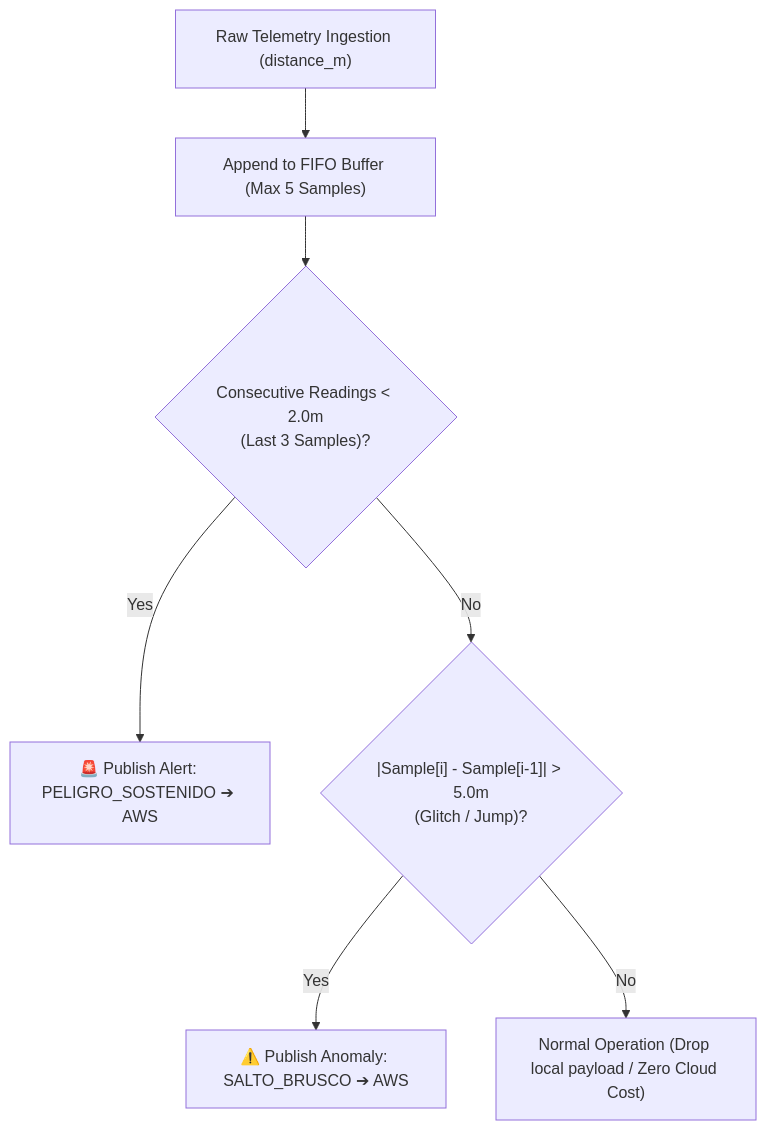
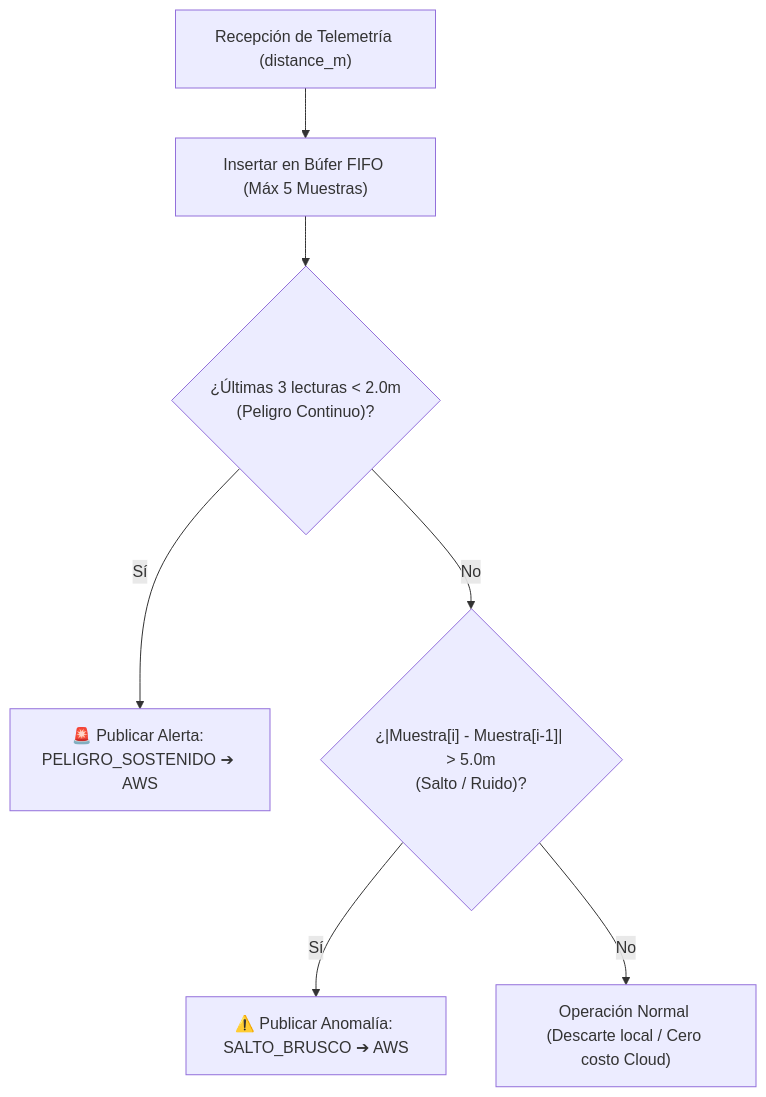
The diagram in README.md (Rivero-Agustin/embedded-linux-iot-gateway), drawn with Mermaid before and after one commit. The commit also changed other lines of this file and 2 other files, not shown here.

````diff
--- a/README.md
+++ b/README.md
@@ -76,9 +76,9 @@
 ```mermaid
 flowchart TD
-    A["Raw Telemetry Ingestion (distance_m)"] --> B["Append to FIFO Buffer (Max 5 Samples)"]
-    B --> C{"Consecutive Readings < 2.0m\n(Last 3 Samples)?"}
-    C -- Yes --> D["🚨 Publish Alert: PELIGRO_SOSTENIDO ➔ AWS"]
-    C -- No --> E{"|Sample[i] - Sample[i-1]| > 5.0m\n(Glitch / Jump)?"}
-    E -- Yes --> F["⚠️ Publish Anomaly: SALTO_BRUSCO ➔ AWS"]
-    E -- No --> G["Normal Operation (Drop local payload / Zero Cloud Cost)"]
+    A["Recepción de Telemetría (distance_m)"] --> B["Insertar en Búfer FIFO (Máx 5 Muestras)"]
+    B --> C{"¿Últimas 3 lecturas < 2.0m\n(Peligro Continuo)?"}
+    C -- Sí --> D["🚨 Publicar Alerta: PELIGRO_SOSTENIDO ➔ AWS"]
+    C -- No --> E{"¿|Muestra[i] - Muestra[i-1]| > 5.0m\n(Salto / Ruido)?"}
+    E -- Sí --> F["⚠️ Publicar Anomalía: SALTO_BRUSCO ➔ AWS"]
+    E -- No --> G["Operación Normal (Descarte local / Cero costo Cloud)"]
 ```
````
